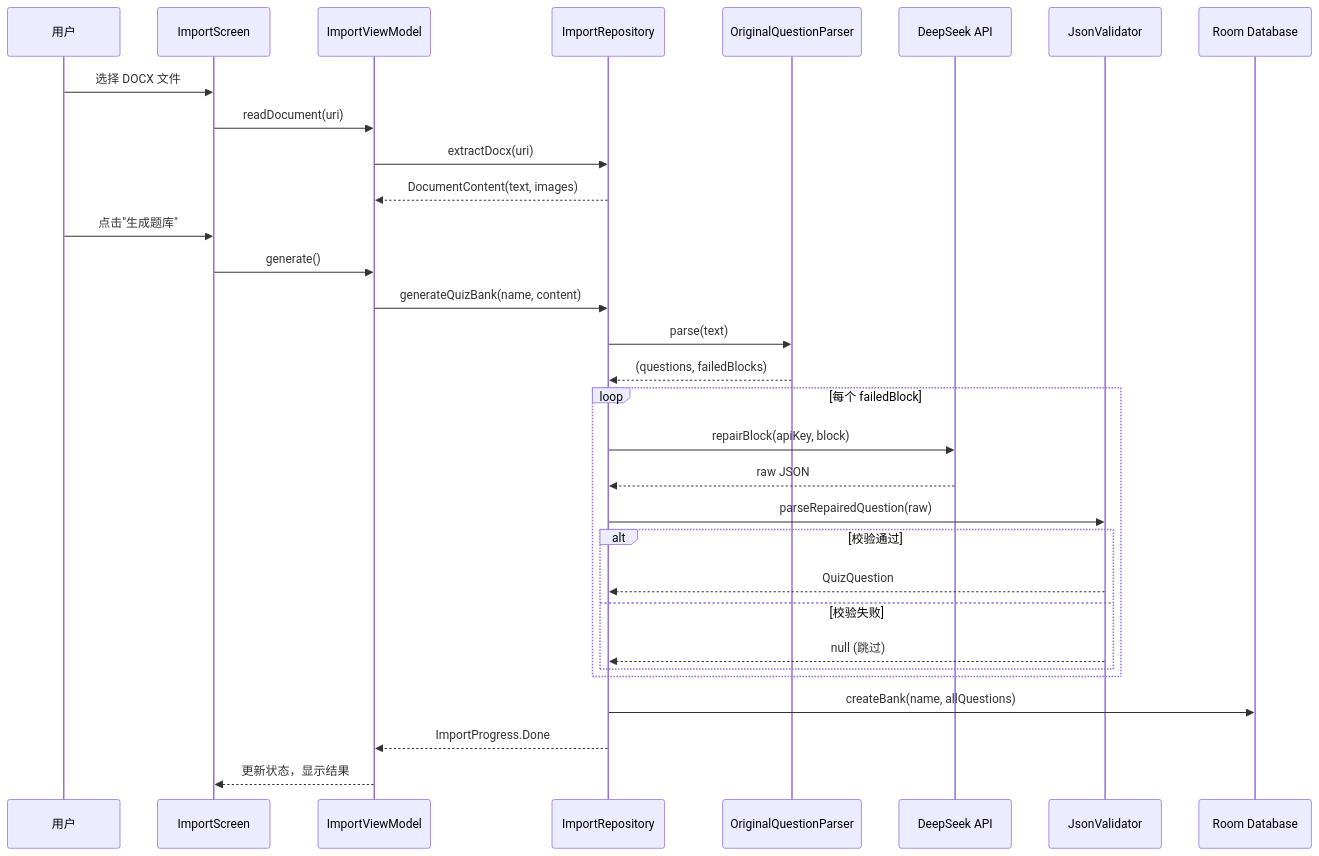
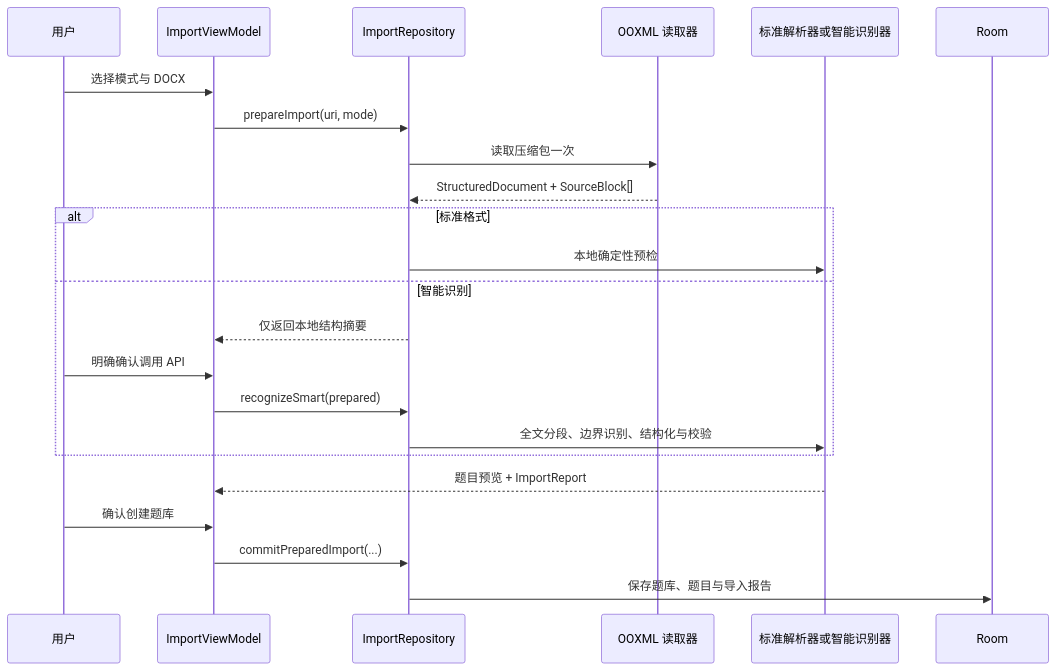
One commit to zzy-sudo-acm/quiz-android-app changed the diagram in docs/architecture.md. Above: the diagram before and after it, drawn with Mermaid. The commit also changed other lines of this file and 66 other files, not shown here.

Commit message:
Harden DOCX import and quiz reliability

````diff
--- a/docs/architecture.md
+++ b/docs/architecture.md
@@ -89,38 +23,26 @@
 ```mermaid
 sequenceDiagram
-    participant User as 用户
-    participant UI as ImportScreen
+    participant U as 用户
     participant VM as ImportViewModel
-    participant Repo as ImportRepository
-    participant Parser as OriginalQuestionParser
-    participant API as DeepSeek API
-    participant Validator as JsonValidator
-    participant DB as Room Database
+    participant R as ImportRepository
+    participant O as OOXML 读取器
+    participant P as 标准解析器或智能识别器
+    participant DB as Room
 
-    User->>UI: 选择 DOCX 文件
-    UI->>VM: readDocument(uri)
-    VM->>Repo: extractDocx(uri)
-    Repo-->>VM: DocumentContent(text, images)
-    
-    User->>UI: 点击"生成题库"
-    UI->>VM: generate()
-    VM->>Repo: generateQuizBank(name, content)
-    
-    Repo->>Parser: parse(text)
-    Parser-->>Repo: (questions, failedBlocks)
-    
-    loop 每个 failedBlock
-        Repo->>API: repairBlock(apiKey, block)
-        API-->>Repo: raw JSON
-        Repo->>Validator: parseRepairedQuestion(raw)
-        alt 校验通过
-            Validator-->>Repo: QuizQuestion
-        else 校验失败
-            Validator-->>Repo: null (跳过)
-        end
+    U->>VM: 选择模式与 DOCX
+    VM->>R: prepareImport(uri, mode)
+    R->>O: 读取压缩包一次
+    O-->>R: StructuredDocument + SourceBlock[]
+    alt 标准格式
+        R->>P: 本地确定性预检
+    else 智能识别
+        R-->>VM: 仅返回本地结构摘要
+        U->>VM: 明确确认调用 API
+        VM->>R: recognizeSmart(prepared)
+        R->>P: 全文分段、边界识别、结构化与校验
     end
-    
-    Repo->>DB: createBank(name, allQuestions)
-    Repo-->>VM: ImportProgress.Done
-    VM-->>UI: 更新状态，显示结果
+    P-->>VM: 题目预览 + ImportReport
+    U->>VM: 确认创建题库
+    VM->>R: commitPreparedImport(...)
+    R->>DB: 保存题库、题目与导入报告
 ```
````
